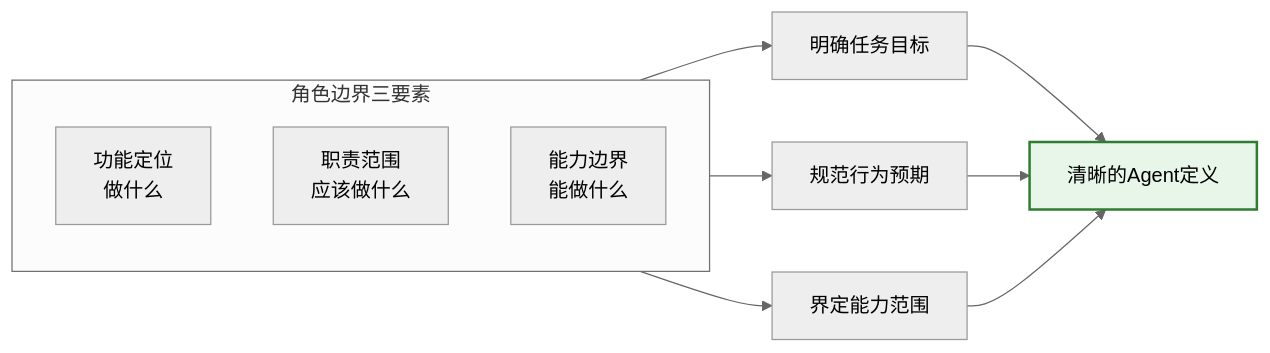
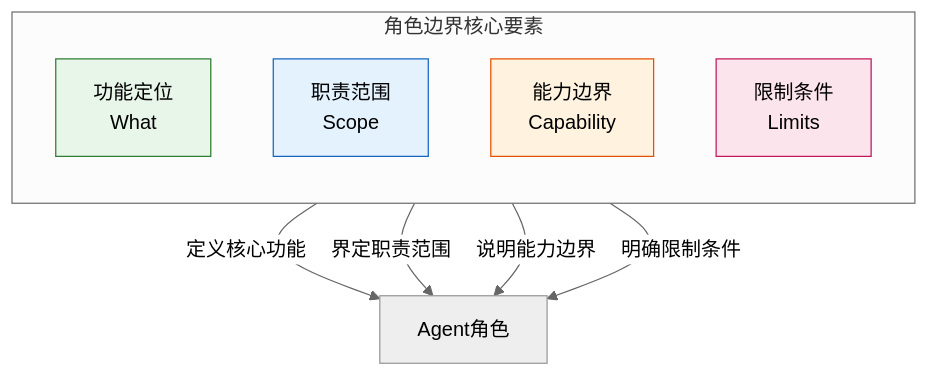
One commit to mansteinr/note-book changed the third of 12 diagrams in agent/多Agent系统四大架构基石详解.md. Above: the diagram before and after it, drawn with Mermaid. The commit also changed other lines of this file and 2 other files, not shown here.

````diff
--- a/agent/多Agent系统四大架构基石详解.md
+++ b/agent/多Agent系统四大架构基石详解.md
@@ -143,20 +200,21 @@
 ```mermaid
 %%{init: {'theme': 'neutral'}}%%
-flowchart LR
-    subgraph 角色边界三要素
+flowchart TB
+    subgraph 角色边界核心要素
         direction TB
-        F[功能定位<br/>做什么]
-        D[职责范围<br/>应该做什么]
-        C[能力边界<br/>能做什么]
+        F[功能定位<br/>What]
+        R[职责范围<br/>Scope]
+        C[能力边界<br/>Capability]
+        L[限制条件<br/>Limits]
     end
-    
-    F --> O1[明确任务目标]
-    D --> O2[规范行为预期]
-    C --> O3[界定能力范围]
-    
-    O1 --> R[清晰的Agent定义]
-    O2 --> R
-    O3 --> R
-    
-    style R fill:#e8f5e9,stroke:#2e7d32,stroke-width:2px
+
+    F -->|定义核心功能| A[Agent角色]
+    R -->|界定职责范围| A
+    C -->|说明能力边界| A
+    L -->|明确限制条件| A
+
+    style F fill:#e8f5e9,stroke:#2e7d32
+    style R fill:#e3f2fd,stroke:#1565c0
+    style C fill:#fff3e0,stroke:#e65100
+    style L fill:#fce4ec,stroke:#c2185b
 ```
````
